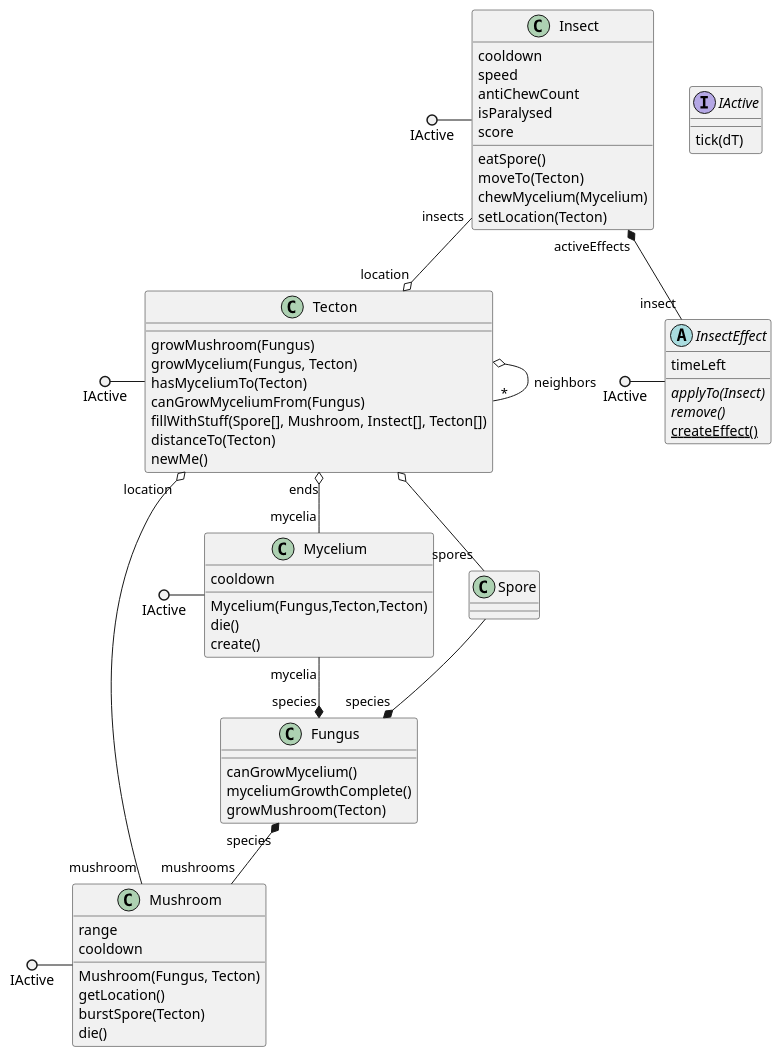
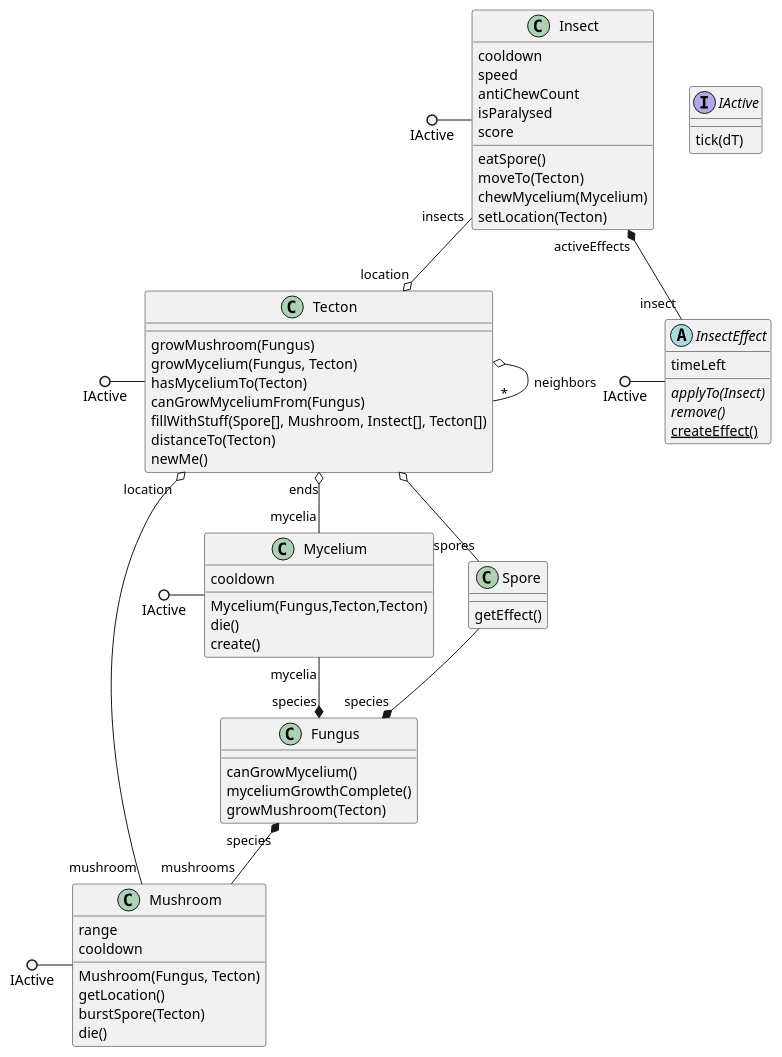
The diagram in classes.pu (ZD4ve/projlab-error521), drawn with PlantUML before and after one commit. The commit also changed 1 other file, not shown here.

```diff
--- a/classes.pu
+++ b/classes.pu
@@ -1,102 +1,104 @@
 @startuml classes
 interface IActive {
     tick(dT)
 }
 'Addneighbor, remove, fill belement többet hogy jelölünk
 'NEM E KELL RETURN TÍPUS'
 
 'Panni: nagyon sok konstruktor még hiányzik!!!
 
 'Dávid: kikommentelt fv-ek getter-setterek, elhagyhatjuk őket?
 'takeSpore->eatspore diagram
 'ha kell remove akkor removemushroom
 'Panni: szerintem a ezek főleg nem getter/setterek, hanem addok, removeok, azok szerintem kellenek
 
 'LÁTHATÓSÁG kell?
 'Panni: szerintem nem, mert a követelményekben szerint amúgy is csak publikus metódusok szerepelhetnek
 
 /' A követelményekből:
     Attribútumok és metódusok is kellenek, típussal, paraméterrel együtt. Itt még csak publikus metódusok szerepelhetnek! 
     Látsszanak a metódus-felüldefiniálások is (a felüldefiniált metódusok a leszármazott osztályban legyenek láthatók,
     a nem felüldefiniáltak a leszármazottban elhagyhatók)
 '/
 class Tecton {
     growMushroom(Fungus)
     growMycelium(Fungus, Tecton)
     hasMyceliumTo(Tecton)
     canGrowMyceliumFrom(Fungus)
     ' removeInsect(Insect)
     ' addInsect(Insect)
     ' addNeighbor(Tecton)
     ' removeNeighbor(Tecton)
     fillWithStuff(Spore[], Mushroom, Instect[], Tecton[])
     distanceTo(Tecton)
     ' addSpore(Spore)
     newMe()
 }
 class Fungus {
     canGrowMycelium()
     myceliumGrowthComplete()
     growMushroom(Tecton)
 }
 'itt a create az micsoda?
 class Mycelium {
     cooldown
     Mycelium(Fungus,Tecton,Tecton)
     die()
     create()
 }
 class Mushroom {
     range
     cooldown
     Mushroom(Fungus, Tecton)
     getLocation()
     ' setLocation(Tecton)
     burstSpore(Tecton)
     die()
 }
-class Spore
+class Spore {
+    getEffect()
+}
 
 'Panni: ide nem írom ki a getter-settereket, elegek szntem az attribútumok
 ' +ha van removeEffect() akkor applyEffect() nincs? vagy azt a setIsParalysed() és a hasonlóak helyettesítik?
 ' +azt viszont nem tudom h az asszociációk setterei (pl setLocation) kellenek-e
 class Insect {
     cooldown
     speed
     antiChewCount
     isParalysed
     score
     eatSpore()
     moveTo(Tecton)
     chewMycelium(Mycelium)
     ' removeEffect(InsectEffect)
     setLocation(Tecton)
 }
 abstract InsectEffect {
     timeLeft
     {abstract} applyTo(Insect)
     {abstract} remove()
     {static} createEffect()
 }
 
 IActive ()- Tecton
 IActive ()- Mushroom
 IActive ()- Mycelium
 IActive ()- Insect
 IActive ()- InsectEffect
 
 Tecton o-- "*" Tecton : neighbors
 Tecton "ends" o-- "mycelia" Mycelium
 Tecton o-- "spores" Spore
 Tecton "location" o-- "mushroom" Mushroom
 
 Mycelium "mycelia" --* "species" Fungus
 
 Insect "activeEffects" *-- "insect" InsectEffect
 Insect "insects" --o "location" Tecton
 
 Fungus "species" *-- "mushrooms" Mushroom
 
 Spore --* "species" Fungus
 
 @enduml
```
